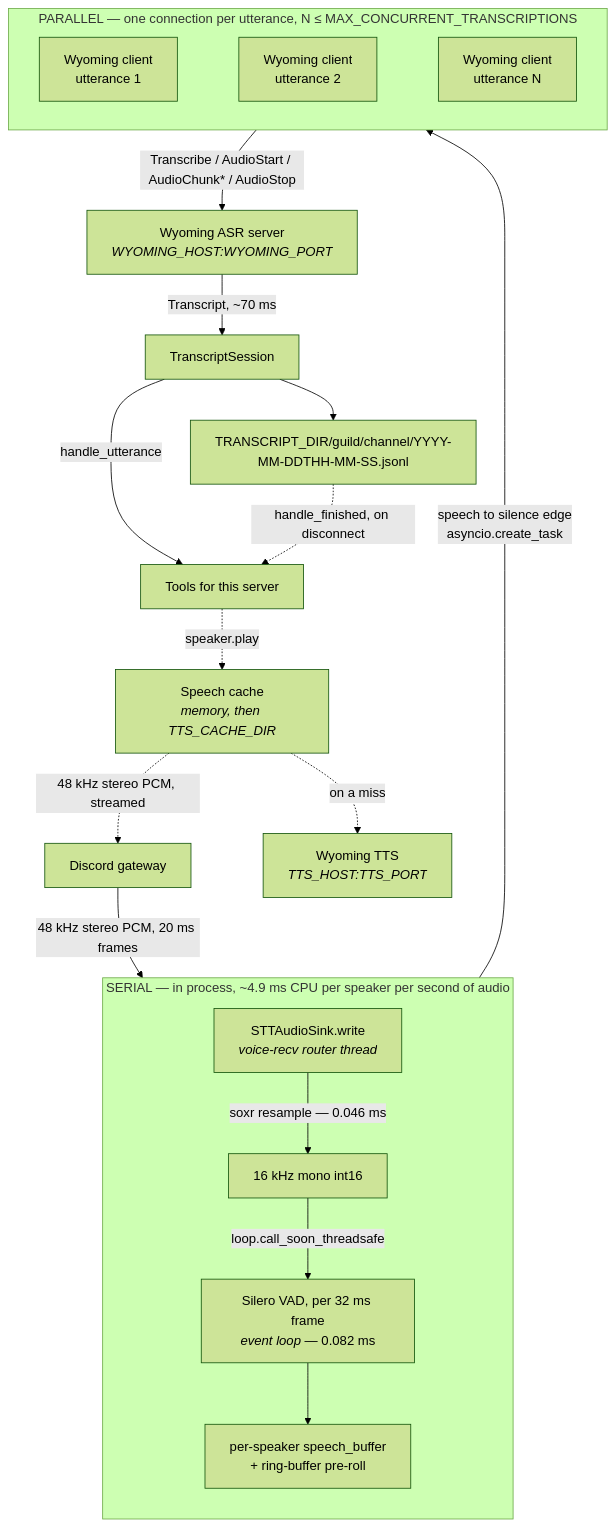
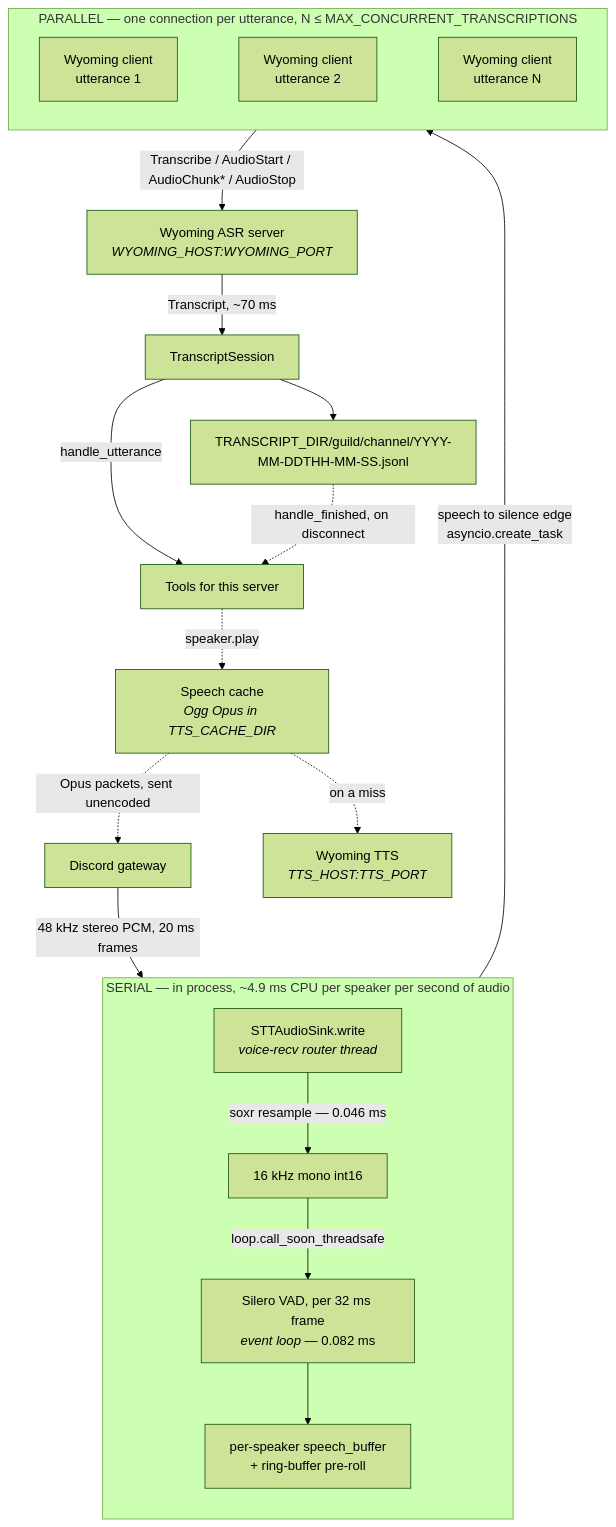
The diagram in README.md (arychj/miss-quote), drawn with Mermaid (forest theme) before and after one commit. The commit also changed other lines of this file and 10 other files, not shown here.

````diff
--- a/README.md
+++ b/README.md
@@ -20,33 +20,33 @@
 ```mermaid
 graph TD
     A["Discord gateway"] -->|"48 kHz stereo PCM, 20 ms frames"| B
 
     subgraph LOCAL["SERIAL &mdash; in process, ~4.9 ms CPU per speaker per second of audio"]
         direction TB
         B["STTAudioSink.write<br/><i>voice-recv router thread</i>"]
         B -->|"soxr resample &mdash; 0.046 ms"| C["16 kHz mono int16"]
         C -->|"loop.call_soon_threadsafe"| D["Silero VAD, per 32 ms frame<br/><i>event loop</i> &mdash; 0.082 ms"]
         D --> E["per-speaker speech_buffer<br/>+ ring-buffer pre-roll"]
     end
 
     E -->|"speech to silence edge<br/>asyncio.create_task"| REMOTE
 
     subgraph REMOTE["PARALLEL &mdash; one connection per utterance, N &le; MAX_CONCURRENT_TRANSCRIPTIONS"]
         direction LR
         F["Wyoming client<br/>utterance 1"]
         G["Wyoming client<br/>utterance 2"]
         H["Wyoming client<br/>utterance N"]
         F ~~~ G ~~~ H
     end
 
     REMOTE -->|"Transcribe / AudioStart / AudioChunk* / AudioStop"| I
 
     I["Wyoming ASR server<br/><i>WYOMING_HOST:WYOMING_PORT</i>"] -->|"Transcript, ~70 ms"| J["TranscriptSession"]
     J --> K["TRANSCRIPT_DIR/guild/channel/YYYY-MM-DDTHH-MM-SS.jsonl"]
     J -->|"handle_utterance"| L["Tools for this server"]
     K -.->|"handle_finished, on disconnect"| L
 
-    L -.->|"speaker.play"| M["Speech cache<br/><i>memory, then TTS_CACHE_DIR</i>"]
+    L -.->|"speaker.play"| M["Speech cache<br/><i>Ogg Opus in TTS_CACHE_DIR</i>"]
     M -.->|"on a miss"| N["Wyoming TTS<br/><i>TTS_HOST:TTS_PORT</i>"]
-    M -.->|"48 kHz stereo PCM, streamed"| A
+    M -.->|"Opus packets, sent unencoded"| A
 ```
````
